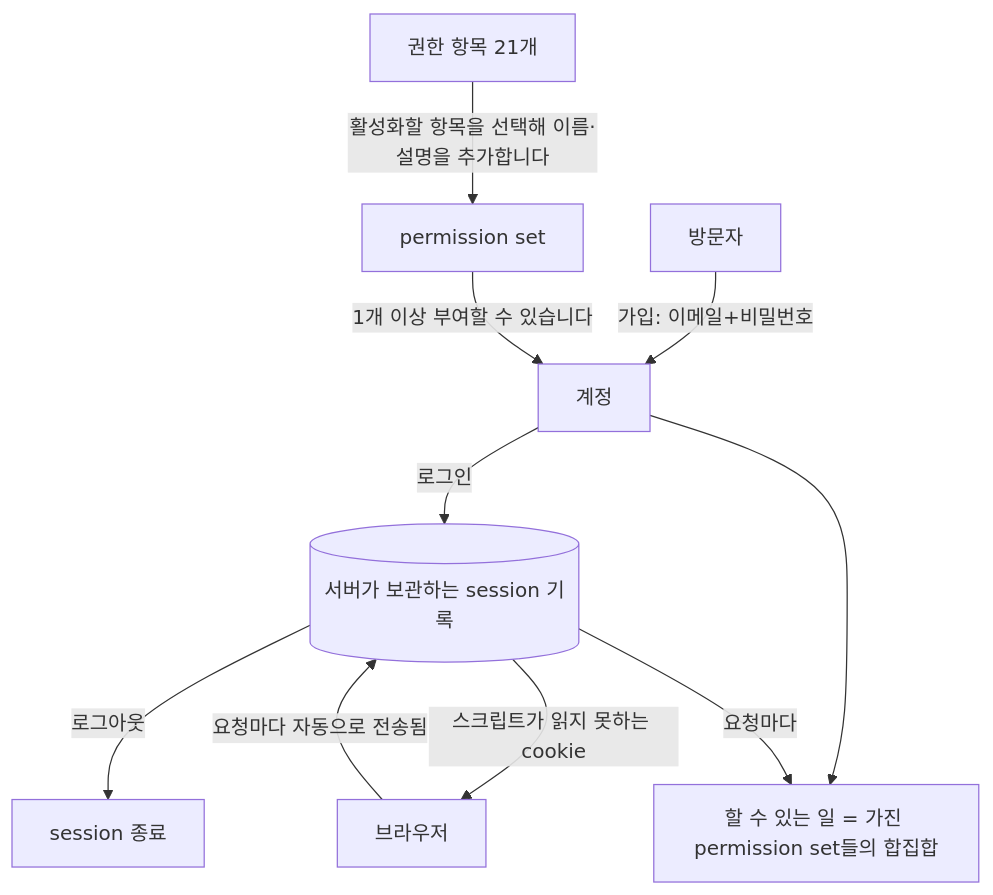
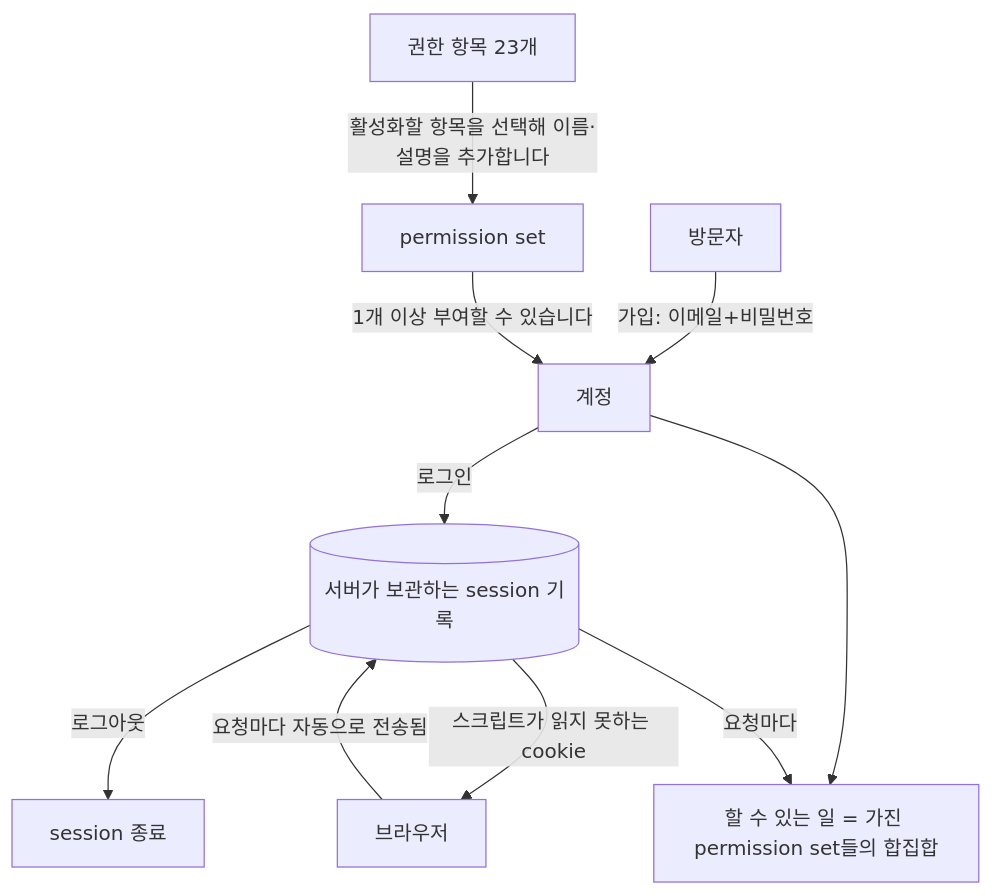
One commit to minkong-dev/Banblit changed the first of 4 diagrams in .cluedoc/accounts-and-roles/README.md. Above: the diagram before and after it, drawn with Mermaid. The commit also changed other lines of this file and 15 other files, not shown here.

Commit message:
docs: record the admin sections, the reject flow and the user manual commands

````diff
--- a/.cluedoc/accounts-and-roles/README.md
+++ b/.cluedoc/accounts-and-roles/README.md
@@ -57,12 +58,12 @@
 ```mermaid
 flowchart TD
     V[방문자] -->|가입: 이메일+비밀번호| U[계정]
     U -->|로그인| S[(서버가 보관하는 session 기록)]
     S -->|스크립트가 읽지 못하는 cookie| B[브라우저]
     B -->|요청마다 자동으로 전송됨| S
     S -->|로그아웃| X[session 종료]
-    I[권한 항목 21개] -->|활성화할 항목을 선택해 이름·설명을 추가합니다| P[permission set]
+    I[권한 항목 23개] -->|활성화할 항목을 선택해 이름·설명을 추가합니다| P[permission set]
     P -->|1개 이상 부여할 수 있습니다| U
     U --> C[할 수 있는 일 = 가진 permission set들의 합집합]
     S -->|요청마다| C
 ```
````
